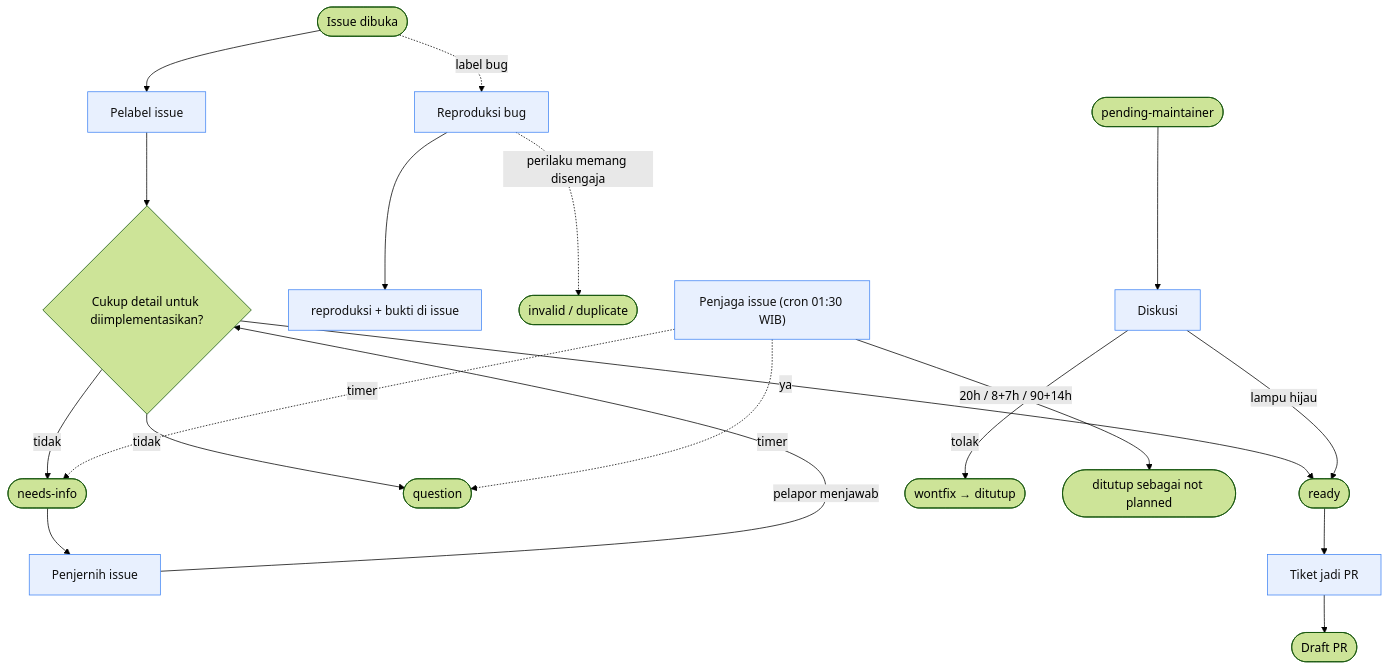
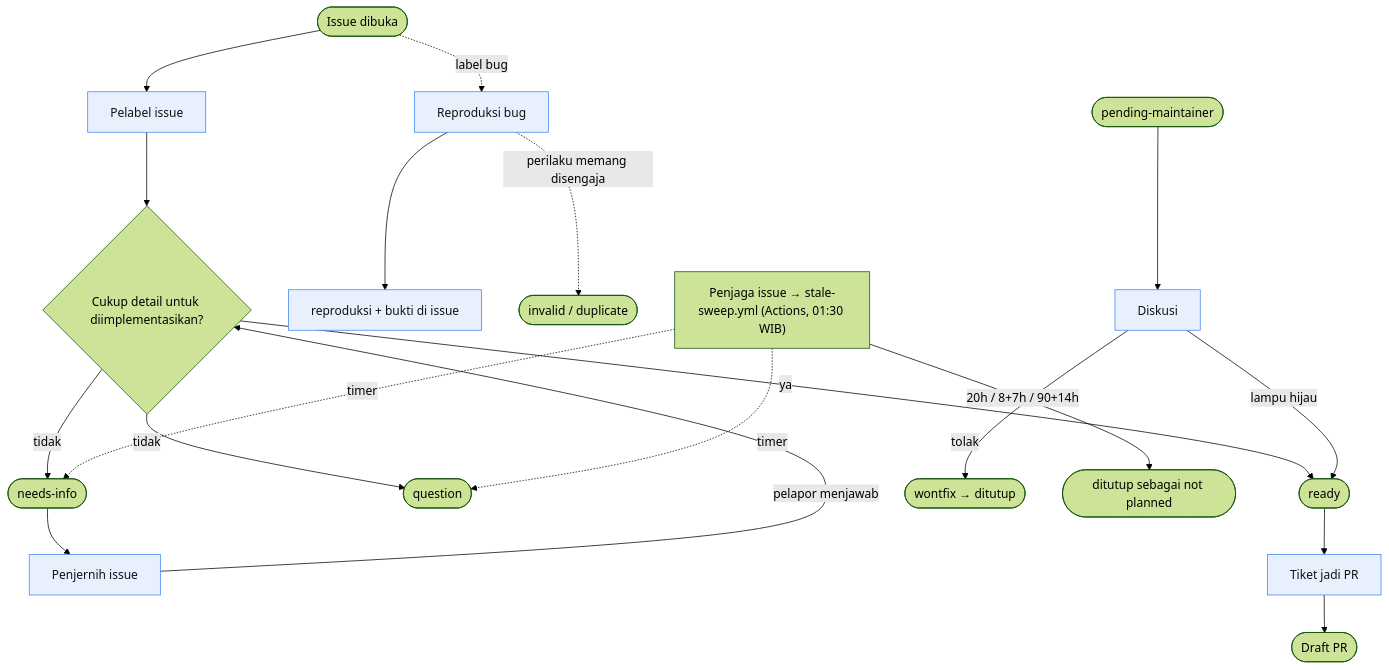
One commit to cipansor/cipansor changed the third of 6 diagrams in docs/SDLC-FLOW.md. Above: the diagram before and after it, drawn with Mermaid (forest theme). The commit also changed other lines of this file and 5 other files, not shown here.

````diff
--- a/docs/SDLC-FLOW.md
+++ b/docs/SDLC-FLOW.md
@@ -513,29 +517,29 @@
 ```mermaid
 flowchart TD
   classDef cloud fill:#e8f0fe,stroke:#4285f4,color:#111;
   classDef human fill:#e9f7ef,stroke:#27ae60,color:#111;
 
   I([Issue dibuka]) --> C15["Pelabel issue"]:::cloud
   C15 --> D{"Cukup detail untuk diimplementasikan?"}
   D -- ya --> R(["ready"])
   D -- tidak --> Q(["question"])
   D -- tidak --> NI(["needs-info"])
 
   NI --> C16["Penjernih issue"]:::cloud
   C16 -- "pelapor menjawab" --> D
 
   I -. "label bug" .-> C5["Reproduksi bug"]:::cloud
   C5 --> BUG["reproduksi + bukti di issue"]:::cloud
   C5 -. "perilaku memang disengaja" .-> INV(["invalid / duplicate"])
 
   PM(["pending-maintainer"]) --> C22["Diskusi"]:::cloud
   C22 -- "lampu hijau" --> R
   C22 -- "tolak" --> WF(["wontfix → ditutup"])
 
   R --> C6["Tiket jadi PR"]:::cloud --> DPR([Draft PR])
 
-  C21["Penjaga issue (cron 01:30 WIB)"]:::cloud
+  C21["Penjaga issue → stale-sweep.yml (Actions, 01:30 WIB)"]:::gh
   C21 -. "timer" .-> NI
   C21 -. "timer" .-> Q
   C21 -- "20h / 8+7h / 90+14h" --> CL(["ditutup sebagai not planned"])
 ```
````
